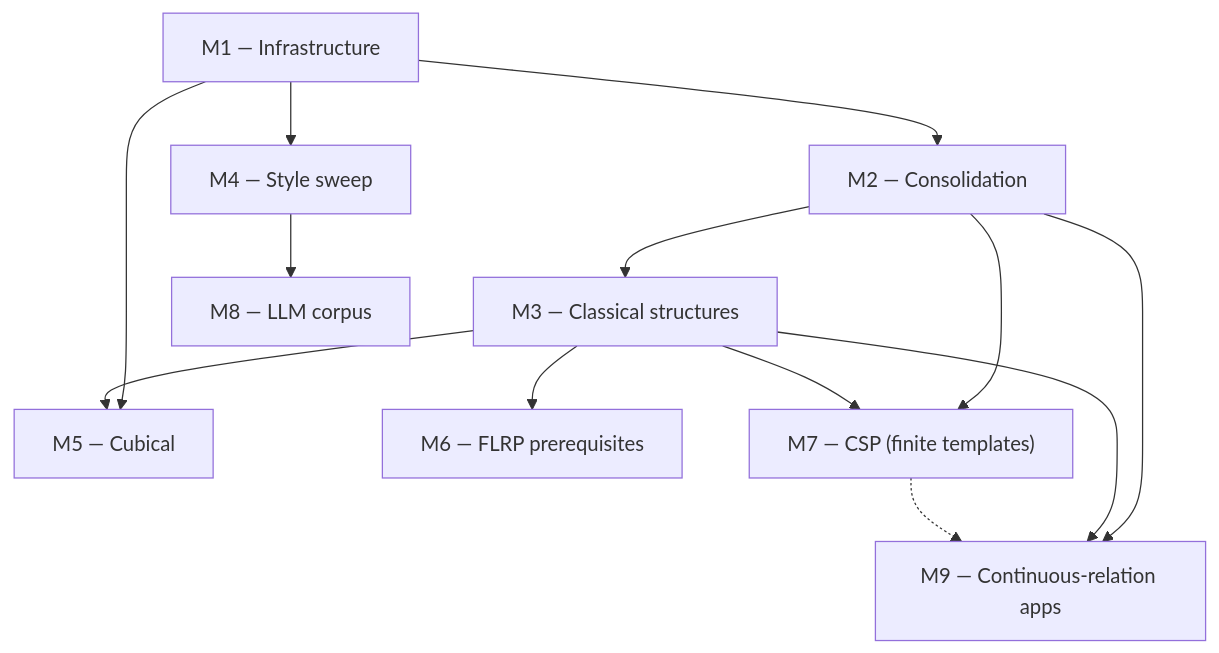
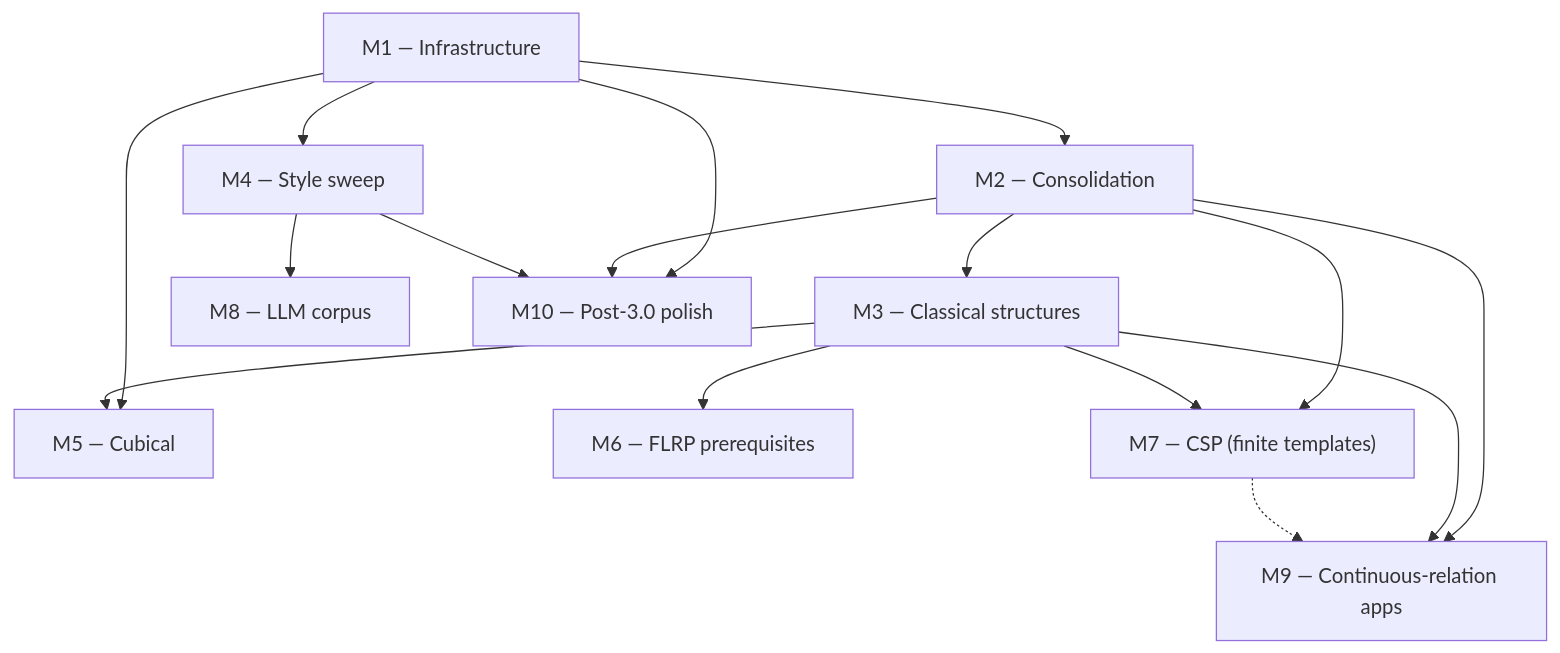
Before and after one commit to ualib/agda-algebras: the first of 8 diagrams in docs/GITHUB_PROJECT.md, drawn with Mermaid. The commit also changed other lines of this file and 1 other file, not shown here.

First line of the commit message:
docs(roadmap): add Milestone 10 (post-3.0 polish)

````diff
--- a/docs/GITHUB_PROJECT.md
+++ b/docs/GITHUB_PROJECT.md
@@ -144,25 +160,29 @@
 ```mermaid
 graph TD
   M1["M1 — Infrastructure"]
   M2["M2 — Consolidation"]
   M3["M3 — Classical structures"]
   M4["M4 — Style sweep"]
   M5["M5 — Cubical"]
   M6["M6 — FLRP prerequisites"]
   M7["M7 — CSP (finite templates)"]
   M8["M8 — LLM corpus"]
   M9["M9 — Continuous-relation apps"]
+  M10["M10 — Post-3.0 polish"]
 
   M1 --> M2
   M1 --> M4
   M1 --> M5
+  M1 --> M10
   M2 --> M3
   M2 --> M7
   M2 --> M9
+  M2 --> M10
   M3 --> M5
   M3 --> M6
   M3 --> M7
   M3 --> M9
   M4 --> M8
+  M4 --> M10
   M7 -.-> M9
 ```
````
